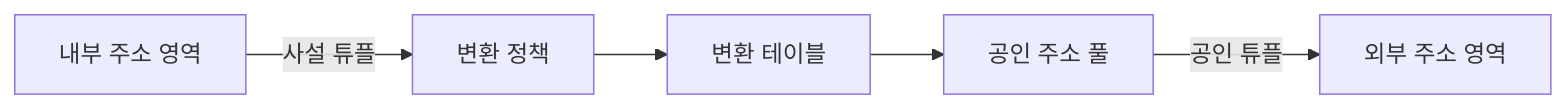
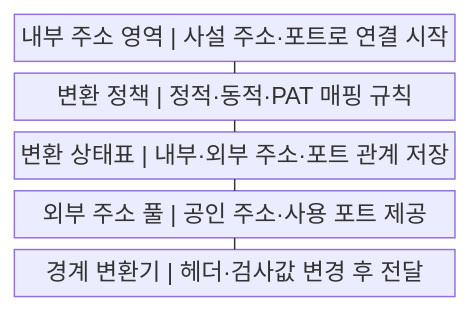
One commit to agnusdei1207/knowledge-base changed the first of 2 diagrams in src/content/docs/notes/04-network/009_nat_pat_network_address_translation.md. Above: the diagram before and after it, drawn with Mermaid. The commit also changed other lines of this file and 20 other files, not shown here.

````diff
--- a/src/content/docs/notes/04-network/009_nat_pat_network_address_translation.md
+++ b/src/content/docs/notes/04-network/009_nat_pat_network_address_translation.md
@@ -56,7 +57,13 @@
 ```mermaid
-flowchart LR
-    I["내부 주소 영역"] -->|사설 튜플| P["변환 정책"]
-    P --> T["변환 테이블"]
-    T --> A["공인 주소 풀"]
-    A -->|공인 튜플| O["외부 주소 영역"]
+block
+    columns 1
+    A["내부 주소 영역 | 사설 주소·포트로 연결 시작"]
+    B["변환 정책 | 정적·동적·PAT 매핑 규칙"]
+    C["변환 상태표 | 내부·외부 주소·포트 관계 저장"]
+    D["외부 주소 풀 | 공인 주소·사용 포트 제공"]
+    E["경계 변환기 | 헤더·검사값 변경 후 전달"]
+    A --- B
+    B --- C
+    C --- D
+    D --- E
 ```
````
